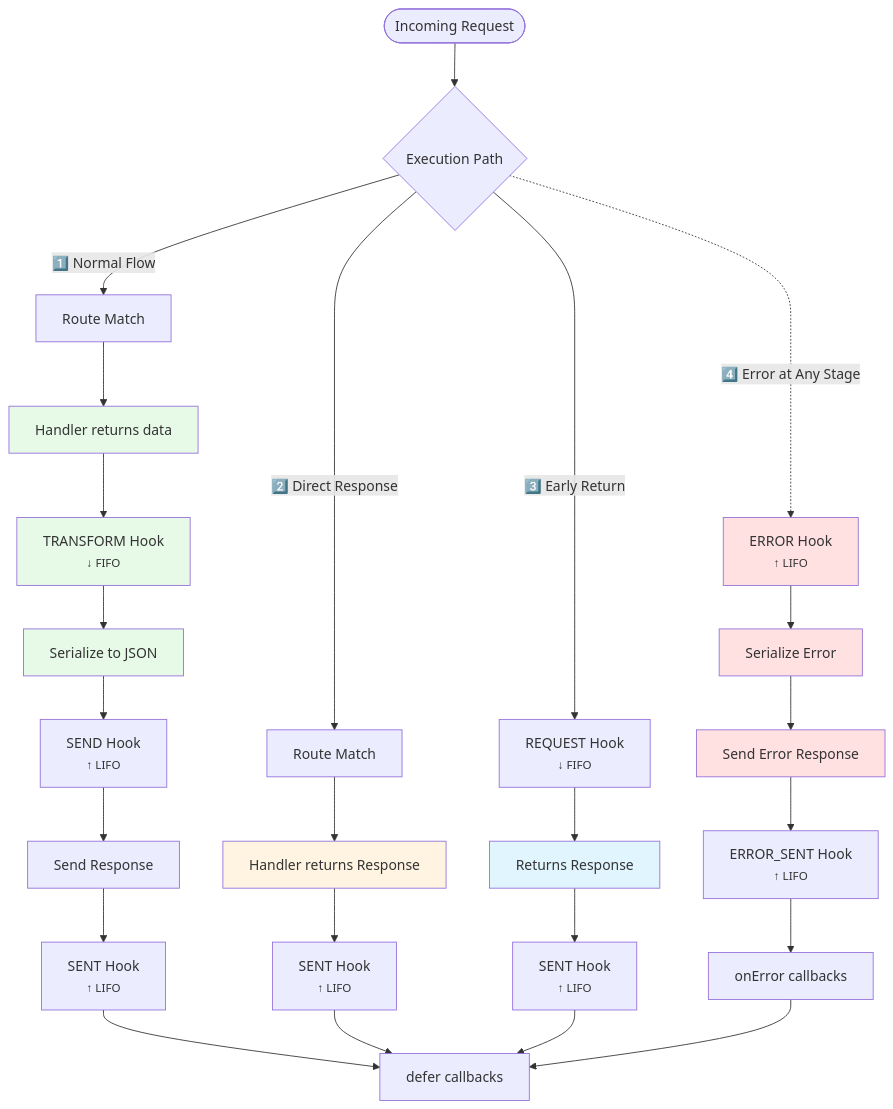
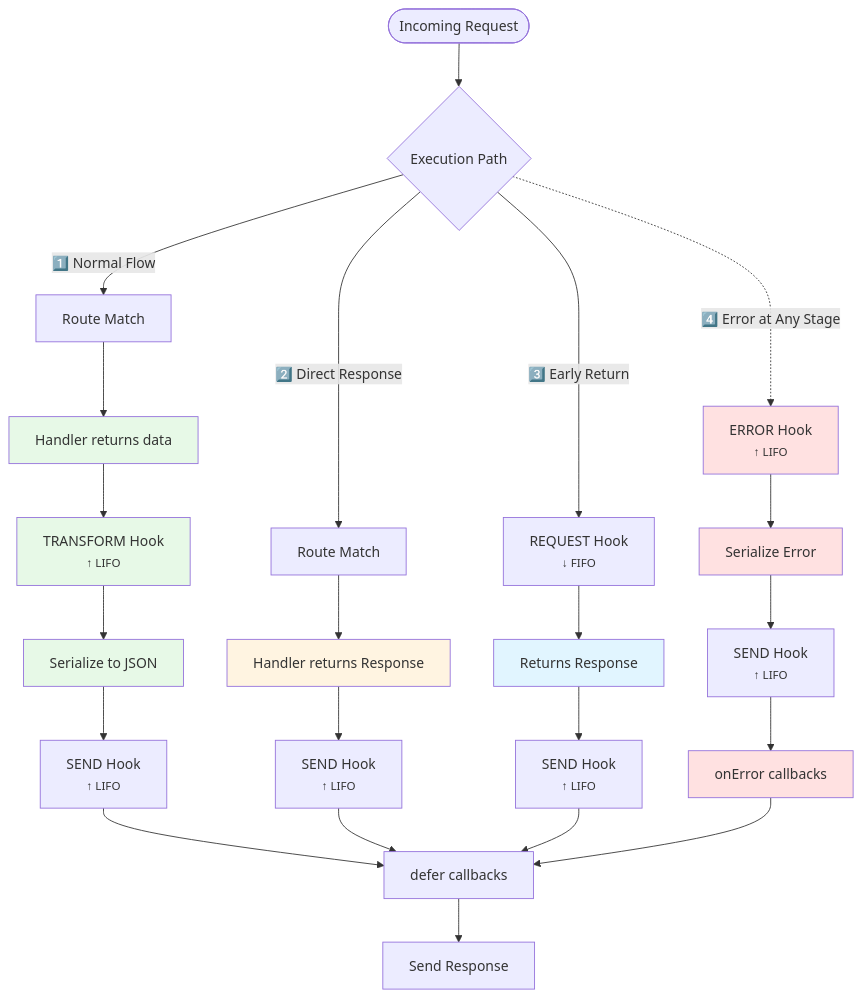
Before and after one commit to minima-js/minimajs: the diagram in docs/core-concepts/diagrams/flow-execution-paths.md, drawn with Mermaid. The commit also changed 26 other files, not shown here.

Commit message:
response and hook

````diff
--- a/docs/core-concepts/diagrams/flow-execution-paths.md
+++ b/docs/core-concepts/diagrams/flow-execution-paths.md
@@ -1,36 +1,34 @@
 ```mermaid
 graph TD
     Start([Incoming Request]) --> Choice{Execution Path}
 
     Choice -->|1️⃣ Normal Flow| N1[Route Match]
     N1 --> N2[Handler returns data]
-    N2 --> N3["TRANSFORM Hook<br/><small>↓ FIFO</small>"]
+    N2 --> N3["TRANSFORM Hook<br/><small>↑ LIFO</small>"]
     N3 --> N4[Serialize to JSON]
     N4 --> N5["SEND Hook<br/><small>↑ LIFO</small>"]
-    N5 --> N6[Send Response]
-    N6 --> N7["SENT Hook<br/><small>↑ LIFO</small>"]
-    N7 --> N8[defer callbacks]
+    N5 --> N6[defer callbacks]
+    N6 --> N7[Send Response]
 
     Choice -->|2️⃣ Direct Response| D1[Route Match]
     D1 --> D2[Handler returns Response]
-    D2 --> D5["SENT Hook<br/><small>↑ LIFO</small>"] --> N8
+    D2 --> D5["SEND Hook<br/><small>↑ LIFO</small>"] --> N6
 
     Choice -->|3️⃣ Early Return| E1["REQUEST Hook<br/><small>↓ FIFO</small>"]
     E1 --> E2[Returns Response]
-    E2 --> E5["SENT Hook<br/><small>↑ LIFO</small>"] --> N8
+    E2 --> E5["SEND Hook<br/><small>↑ LIFO</small>"] --> N6
 
     Choice -.->|4️⃣ Error at Any Stage| R1["ERROR Hook<br/><small>↑ LIFO</small>"]
     R1 --> R2[Serialize Error]
-    R2 --> R3[Send Error Response]
-    R3 --> R4["ERROR_SENT Hook<br/><small>↑ LIFO</small>"]
-    R4 --> R5[onError callbacks] --> N8
+    R2 --> R3["SEND Hook<br/><small>↑ LIFO</small>"]
+    R3 --> R4[onError callbacks] --> N6
 
     style N2 fill:#e7f9e7
     style N3 fill:#e7f9e7
     style N4 fill:#e7f9e7
     style D2 fill:#fff4e1
     style E2 fill:#e1f5ff
     style R1 fill:#ffe1e1
     style R2 fill:#ffe1e1
-    style R3 fill:#ffe1e1
+    style R4 fill:#ffe1e1
 ```
````
